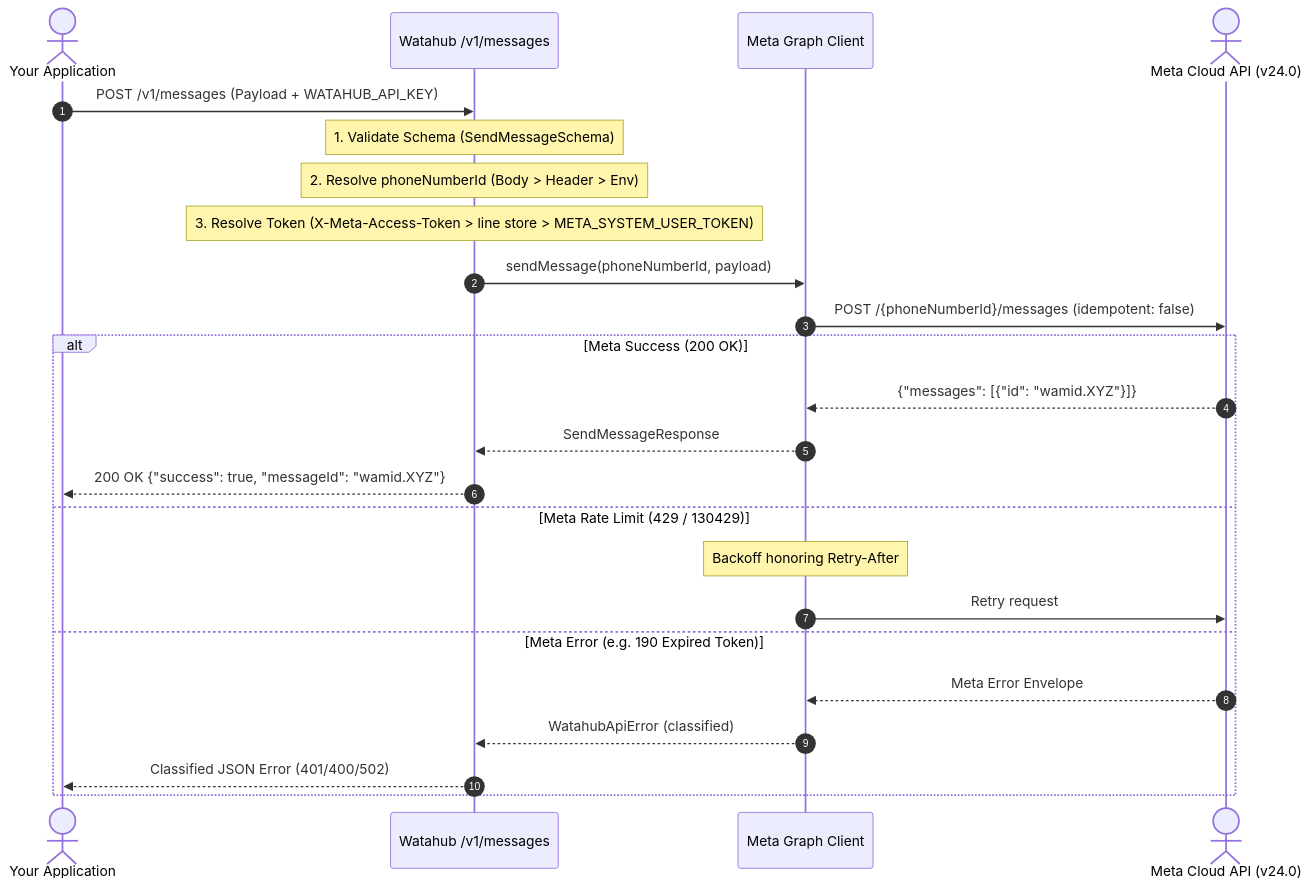
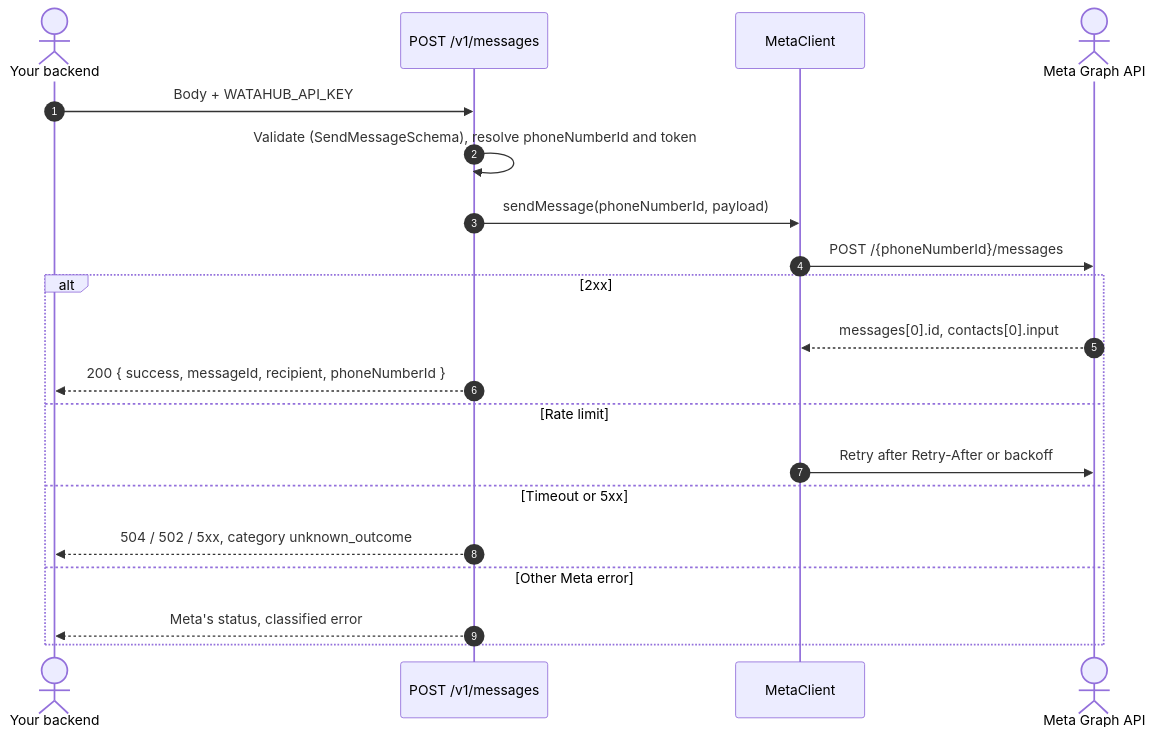
The third of 4 diagrams in docs/ARCHITECTURE.md (Hub-Ventures/watahub), drawn with Mermaid before and after one commit. The commit also changed other lines of this file and 10 other files, not shown here.

````diff
--- a/docs/ARCHITECTURE.md
+++ b/docs/ARCHITECTURE.md
@@ -171,29 +127,23 @@
 ```mermaid
 sequenceDiagram
-    autonumber
-    actor App as Your Application
-    participant Gateway as Watahub /v1/messages
-    participant MetaClient as Meta Graph Client
-    actor MetaAPI as Meta Cloud API (v24.0)
+  autonumber
+  actor App as Your backend
+  participant GW as POST /v1/messages
+  participant MC as MetaClient
+  actor GraphAPI as Meta Graph API
 
-    App->>Gateway: POST /v1/messages (Payload + WATAHUB_API_KEY)
-    Note over Gateway: 1. Validate Schema (SendMessageSchema)
-    Note over Gateway: 2. Resolve phoneNumberId (Body > Header > Env)
-    Note over Gateway: 3. Resolve Token (X-Meta-Access-Token > line store > META_SYSTEM_USER_TOKEN)
-
-    Gateway->>MetaClient: sendMessage(phoneNumberId, payload)
-    MetaClient->>MetaAPI: POST /{phoneNumberId}/messages (idempotent: false)
-    
-    alt Meta Success (200 OK)
-        MetaAPI-->>MetaClient: {"messages": [{"id": "wamid.XYZ"}]}
-        MetaClient-->>Gateway: SendMessageResponse
-        Gateway-->>App: 200 OK {"success": true, "messageId": "wamid.XYZ"}
-    else Meta Rate Limit (429 / 130429)
-        Note over MetaClient: Backoff honoring Retry-After
-        MetaClient->>MetaAPI: Retry request
-    else Meta Error (e.g. 190 Expired Token)
-        MetaAPI-->>MetaClient: Meta Error Envelope
-        MetaClient-->>Gateway: WatahubApiError (classified)
-        Gateway-->>App: Classified JSON Error (401/400/502)
-    end
+  App->>GW: Body + WATAHUB_API_KEY
+  GW->>GW: Validate (SendMessageSchema), resolve phoneNumberId and token
+  GW->>MC: sendMessage(phoneNumberId, payload)
+  MC->>GraphAPI: POST /{phoneNumberId}/messages
+  alt 2xx
+    GraphAPI-->>MC: messages[0].id, contacts[0].input
+    GW-->>App: 200 { success, messageId, recipient, phoneNumberId }
+  else Rate limit
+    MC->>GraphAPI: Retry after Retry-After or backoff
+  else Timeout or 5xx
+    GW-->>App: 504 / 502 / 5xx, category unknown_outcome
+  else Other Meta error
+    GW-->>App: Meta's status, classified error
+  end
 ```
````
